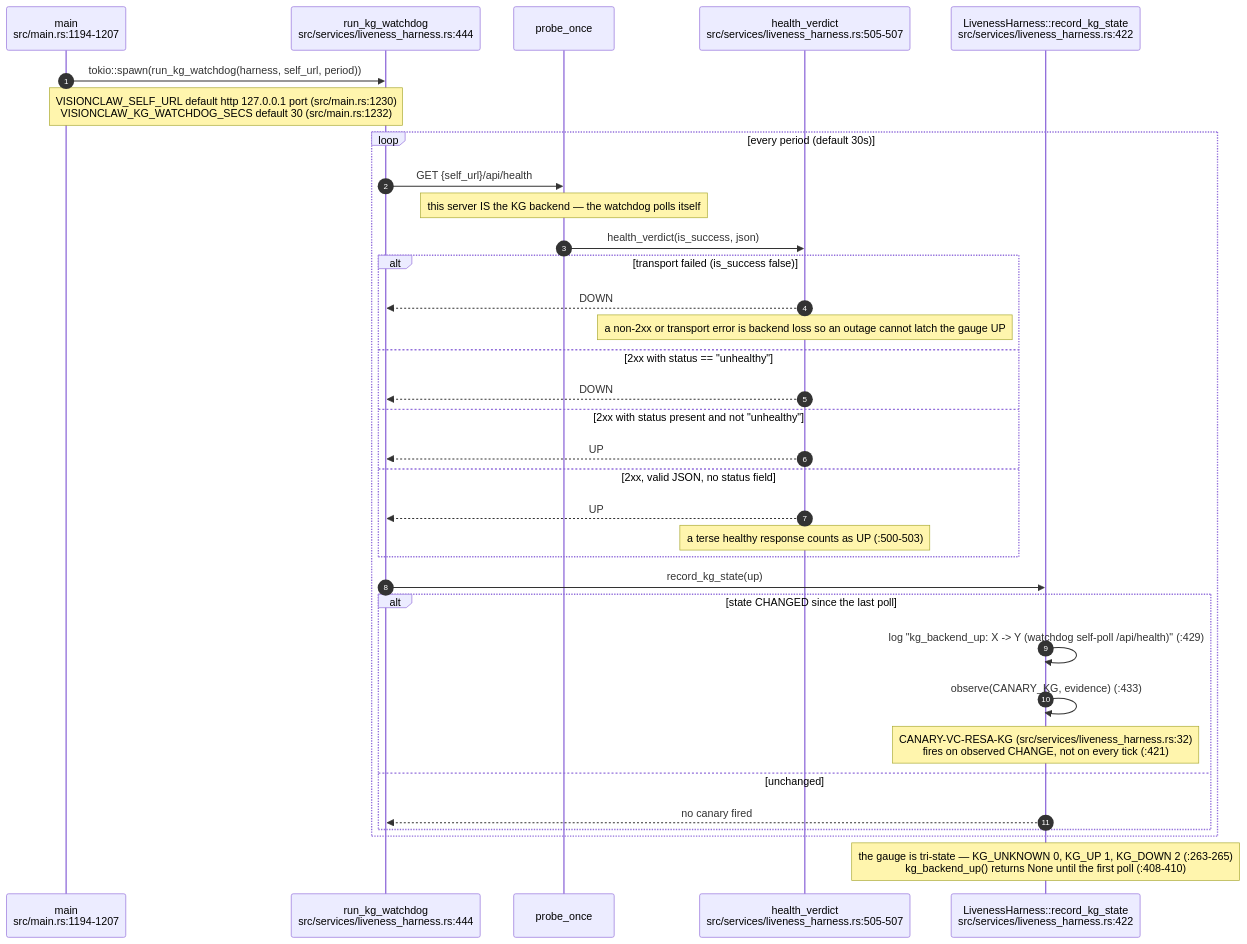
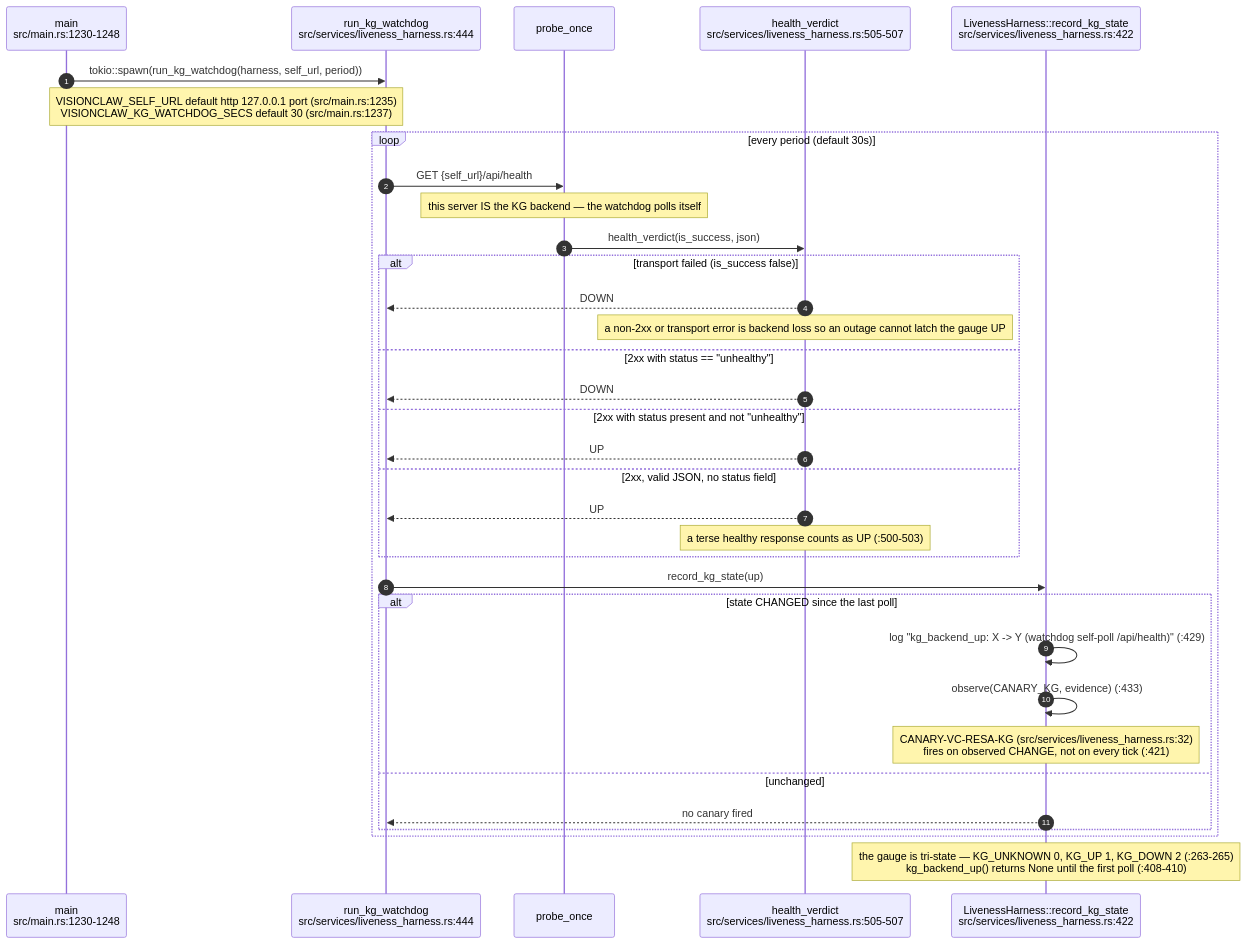
One commit to DreamLab-AI/VisionFlow changed the second of 9 diagrams in docs/diagrams/visionclaw/08-observability-health-and-dev-loop.md. Above: the diagram before and after it, drawn with Mermaid. The commit also changed other lines of this file and 136 other files, not shown here.

First line of the commit message:
docs(diagrams): refresh the whole corpus to code HEAD and prune low-value diagrams

````diff
--- a/docs/diagrams/visionclaw/08-observability-health-and-dev-loop.md
+++ b/docs/diagrams/visionclaw/08-observability-health-and-dev-loop.md
@@ -66,37 +61,37 @@
 ```mermaid
 sequenceDiagram
     autonumber
-    participant M as main<br/>src/main.rs:1194-1207
+    participant M as main<br/>src/main.rs:1230-1248
     participant W as run_kg_watchdog<br/>src/services/liveness_harness.rs:444
     participant P as probe_once
     participant V as health_verdict<br/>src/services/liveness_harness.rs:505-507
     participant H as LivenessHarness::record_kg_state<br/>src/services/liveness_harness.rs:422
 
     M->>W: tokio::spawn(run_kg_watchdog(harness, self_url, period))
-    Note over M,W: VISIONCLAW_SELF_URL default http 127.0.0.1 port (src/main.rs:1230)<br/>VISIONCLAW_KG_WATCHDOG_SECS default 30 (src/main.rs:1232)
+    Note over M,W: VISIONCLAW_SELF_URL default http 127.0.0.1 port (src/main.rs:1235)<br/>VISIONCLAW_KG_WATCHDOG_SECS default 30 (src/main.rs:1237)
     loop every period (default 30s)
         W->>P: GET {self_url}/api/health
         Note over P: this server IS the KG backend — the watchdog polls itself
         P->>V: health_verdict(is_success, json)
         alt transport failed (is_success false)
             V-->>W: DOWN
             Note over V: a non-2xx or transport error is backend loss so an outage cannot latch the gauge UP
         else 2xx with status == "unhealthy"
             V-->>W: DOWN
         else 2xx with status present and not "unhealthy"
             V-->>W: UP
         else 2xx, valid JSON, no status field
             V-->>W: UP
             Note over V: a terse healthy response counts as UP (:500-503)
         end
         W->>H: record_kg_state(up)
         alt state CHANGED since the last poll
             H->>H: log "kg_backend_up: X -> Y (watchdog self-poll /api/health)" (:429)
             H->>H: observe(CANARY_KG, evidence) (:433)
             Note over H: CANARY-VC-RESA-KG (src/services/liveness_harness.rs:32)<br/>fires on observed CHANGE, not on every tick (:421)
         else unchanged
             H-->>W: no canary fired
         end
     end
     Note over H: the gauge is tri-state — KG_UNKNOWN 0, KG_UP 1, KG_DOWN 2 (:263-265)<br/>kg_backend_up() returns None until the first poll (:408-410)
 ```
````
